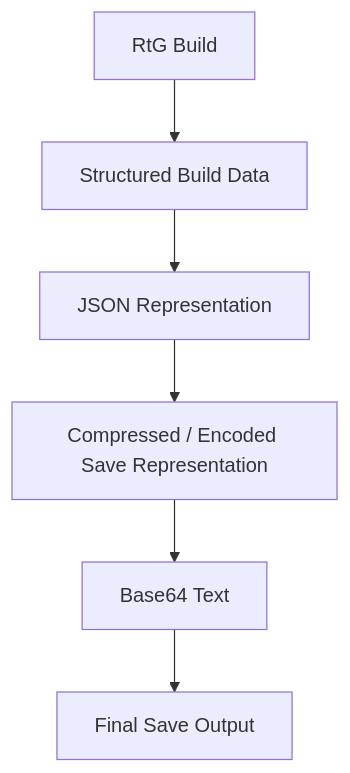
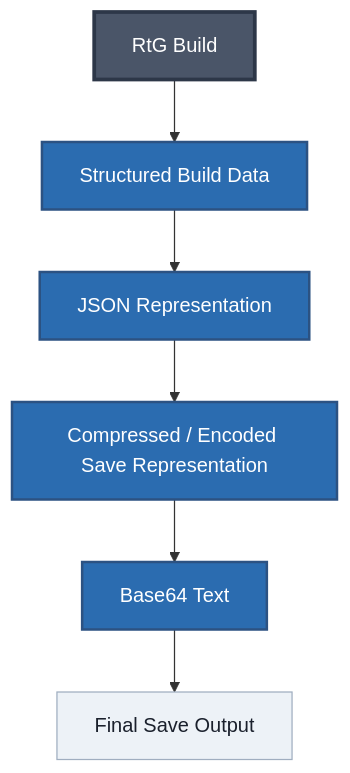
The first of 11 diagrams in compression/encoding.md (JuanCrakYT/RtG-Format), drawn with Mermaid before and after one commit. The commit also changed other lines of this file and 1 other file, not shown here.

Commit message:
Starting Mermaid

````diff
--- a/compression/encoding.md
+++ b/compression/encoding.md
@@ -21,8 +21,16 @@
 ```mermaid
 flowchart TD
     A["RtG Build"] --> B["Structured Build Data"]
     B --> C["JSON Representation"]
     C --> D["Compressed / Encoded Save Representation"]
     D --> E["Base64 Text"]
     E --> F["Final Save Output"]
+
+    classDef root fill:#4a5568,color:#fff,stroke:#2d3748,stroke-width:3px;
+    classDef branch fill:#2b6cb0,color:#fff,stroke:#2c5282,stroke-width:2px;
+    classDef detail fill:#edf2f7,color:#1a202c,stroke:#a0aec0;
+
+    class A root;
+    class B,C,D,E branch;
+    class F detail;
 ```
````
